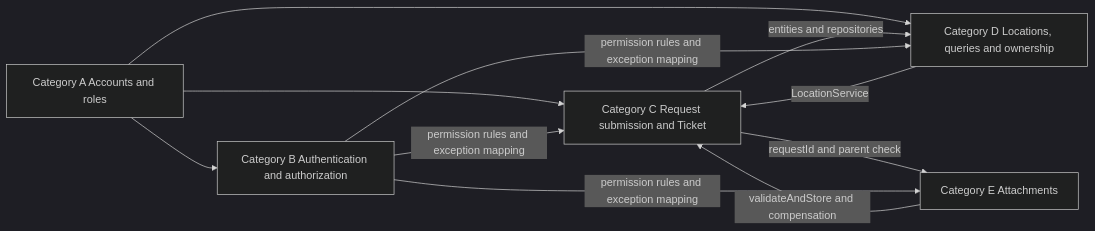
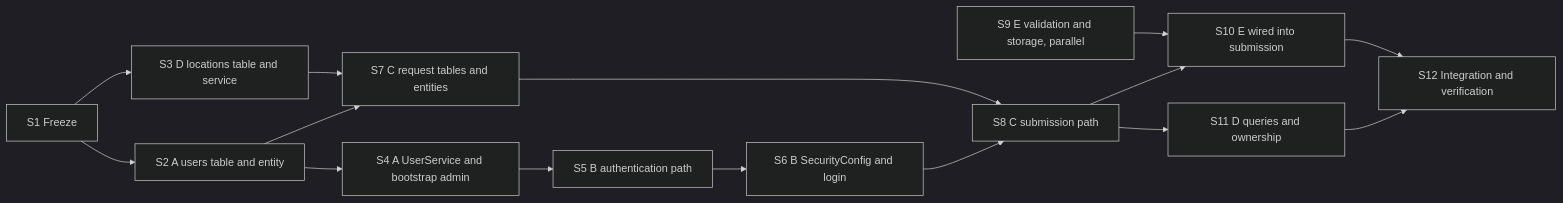
The fourth of 5 diagrams in docs/sprint2/SmartFix_Sprint2_Development_Plan_EN.md (Lian9374/smartfix), drawn with Mermaid (dark theme) before and after one commit. The commit also changed other lines of this file and 1 other file, not shown here.

````diff
--- a/docs/sprint2/SmartFix_Sprint2_Development_Plan_EN.md
+++ b/docs/sprint2/SmartFix_Sprint2_Development_Plan_EN.md
@@ -1232,13 +1531,17 @@
 ```mermaid
 flowchart LR
-    A[Category A Accounts and roles] --> B[Category B Authentication and authorization]
-    A --> C[Category C Request submission and Ticket]
-    A --> D[Category D Locations, queries and ownership]
-    D -->|LocationService| C
-    C -->|entities and repositories| D
-    C -->|requestId and parent check| E[Category E Attachments]
-    E -->|validateAndStore and compensation| C
-    B -->|permission rules and exception mapping| C
-    B -->|permission rules and exception mapping| D
-    B -->|permission rules and exception mapping| E
+    S1[S1 Freeze] --> S2[S2 A users table and entity]
+    S1 --> S3[S3 D locations table and service]
+    S2 --> S4[S4 A UserService and bootstrap admin]
+    S3 --> S7[S7 C request tables and entities]
+    S2 --> S7
+    S4 --> S5[S5 B authentication path]
+    S5 --> S6[S6 B SecurityConfig and login]
+    S7 --> S8[S8 C submission path]
+    S6 --> S8
+    S9[S9 E validation and storage, parallel] --> S10[S10 E wired into submission]
+    S8 --> S10
+    S8 --> S11[S11 D queries and ownership]
+    S10 --> S12[S12 Integration and verification]
+    S11 --> S12
 ```
````
